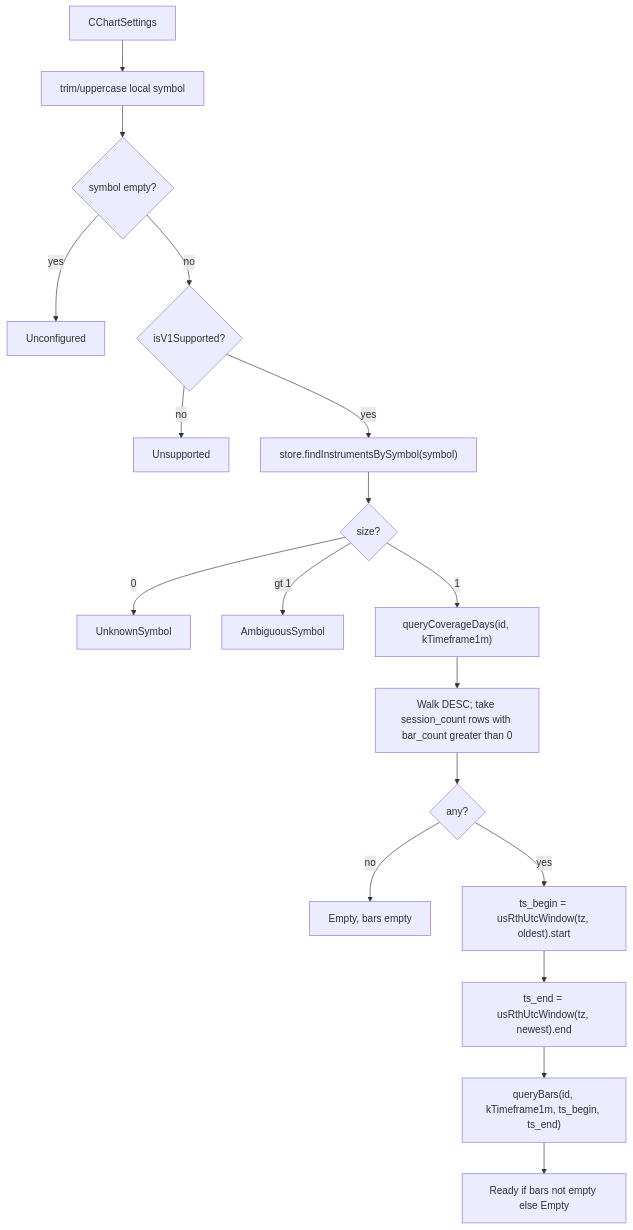
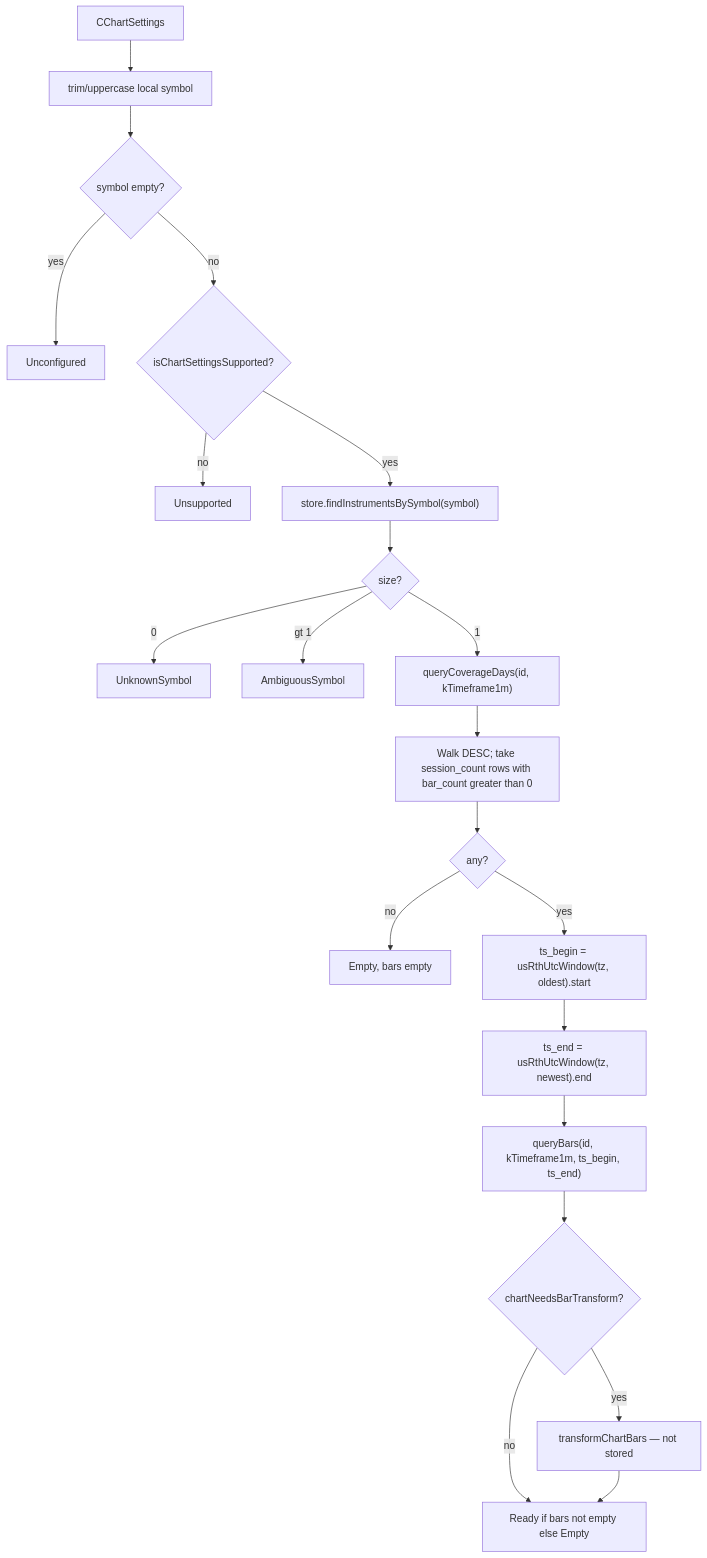
The fourth of 4 diagrams in docs/chart-panes.md (CyN1ckal/CyNickal-Software-Terminal), drawn with Mermaid before and after one commit. The commit also changed other lines of this file and 3 other files, not shown here.

First line of the commit message:
Document chart studies on the pane and architecture figures.

````diff
--- a/docs/chart-panes.md
+++ b/docs/chart-panes.md
@@ -710,20 +732,23 @@
 ```mermaid
 flowchart TD
     A[CChartSettings] --> T[trim/uppercase local symbol]
     T --> B{symbol empty?}
     B -->|yes| U[Unconfigured]
-    B -->|no| C{isV1Supported?}
+    B -->|no| C{isChartSettingsSupported?}
     C -->|no| X[Unsupported]
     C -->|yes| D["store.findInstrumentsBySymbol(symbol)"]
     D --> E{size?}
     E -->|0| F[UnknownSymbol]
     E -->|gt 1| G[AmbiguousSymbol]
     E -->|1| H["queryCoverageDays(id, kTimeframe1m)"]
     H --> I[Walk DESC; take session_count rows with bar_count greater than 0]
     I --> J{any?}
     J -->|no| K[Empty, bars empty]
     J -->|yes| L["ts_begin = usRthUtcWindow(tz, oldest).start"]
     L --> M["ts_end = usRthUtcWindow(tz, newest).end"]
     M --> N["queryBars(id, kTimeframe1m, ts_begin, ts_end)"]
-    N --> O[Ready if bars not empty else Empty]
+    N --> P{chartNeedsBarTransform?}
+    P -->|yes| Q["transformChartBars — not stored"]
+    P -->|no| O
+    Q --> O[Ready if bars not empty else Empty]
 ```
````
